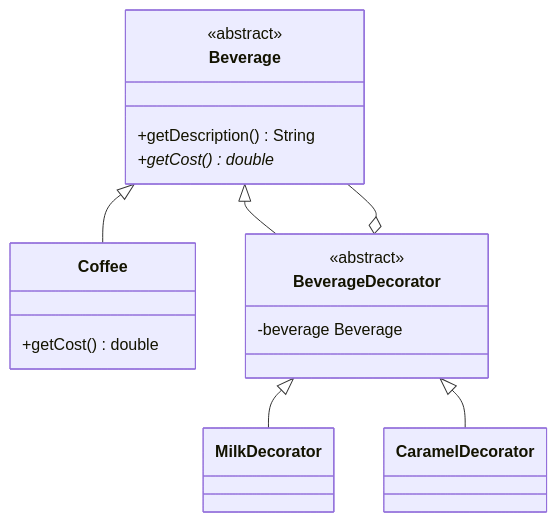
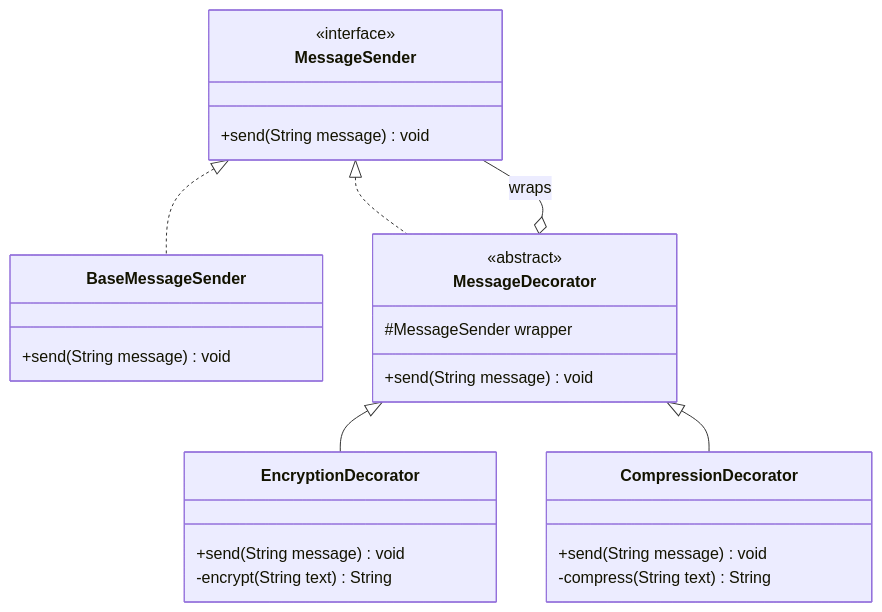
One commit to gp330841/interview changed the first of 2 diagrams in low-level-design/concepts/07-decorator-pattern.md. Above: the diagram before and after it, drawn with Mermaid. The commit also changed other lines of this file and 66 other files, not shown here.

````diff
--- a/low-level-design/concepts/07-decorator-pattern.md
+++ b/low-level-design/concepts/07-decorator-pattern.md
@@ -9,20 +30,29 @@
 ```mermaid
 classDiagram
-    Beverage <|-- Coffee
-    Beverage <|-- BeverageDecorator
-    BeverageDecorator <|-- MilkDecorator
-    BeverageDecorator <|-- CaramelDecorator
-    BeverageDecorator o-- Beverage
-    class Beverage {
+    direction TB
+    class MessageSender {
+        <<interface>>
+        +send(String message) void
+    }
+    class BaseMessageSender {
+        +send(String message) void
+    }
+    class MessageDecorator {
         <<abstract>>
-        +getDescription() String
-        +getCost()* double
+        #MessageSender wrapper
+        +send(String message) void
     }
-    class Coffee {
-        +getCost() double
+    class EncryptionDecorator {
+        +send(String message) void
+        -encrypt(String text) String
     }
-    class BeverageDecorator {
-        <<abstract>>
-        -beverage Beverage
+    class CompressionDecorator {
+        +send(String message) void
+        -compress(String text) String
     }
+    MessageSender <|.. BaseMessageSender
+    MessageSender <|.. MessageDecorator
+    MessageDecorator o-- MessageSender : wraps
+    MessageDecorator <|-- EncryptionDecorator
+    MessageDecorator <|-- CompressionDecorator
 ```
````
